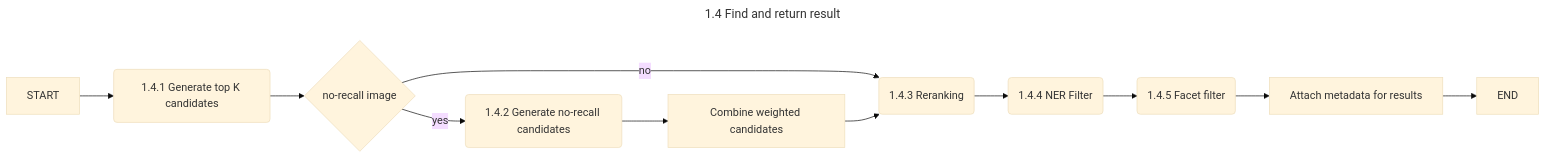
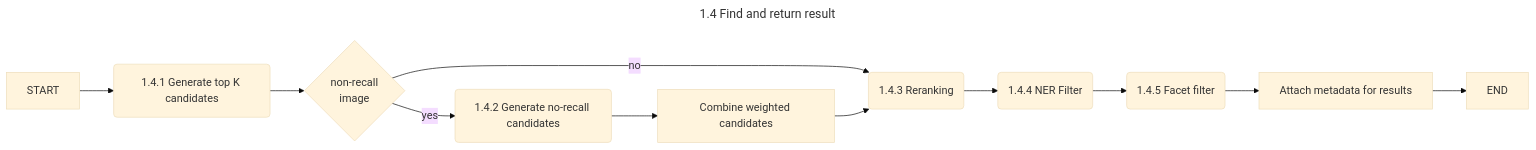
The diagram in 1_4_find_and_return_result.md (zchangvs/diagram), drawn with Mermaid (base theme) before and after one commit.

````diff
--- a/1_4_find_and_return_result.md
+++ b/1_4_find_and_return_result.md
@@ -1,16 +1,16 @@
 ```mermaid
 ---
 title: 1.4 Find and return result
 ---
 flowchart LR
     ST[START] --> GCK(1.4.1 Generate top K candidates)
-    GCK --> NRI{no-recall image}
+    GCK --> NRI{non-recall<br>image}
     NRI --> |yes| NRC(1.4.2 Generate no-recall candidates)
     NRI --> |no| RR(1.4.3 Reranking)
     NRC --> CB[Combine weighted candidates]
     CB --> RR
     RR --> FTLNER(1.4.4 NER Filter)
     FTLNER --> FTLFAC(1.4.5 Facet filter)
     FTLFAC --> AMD[Attach metadata for results]
     AMD --> ED[END]
 ```
````
